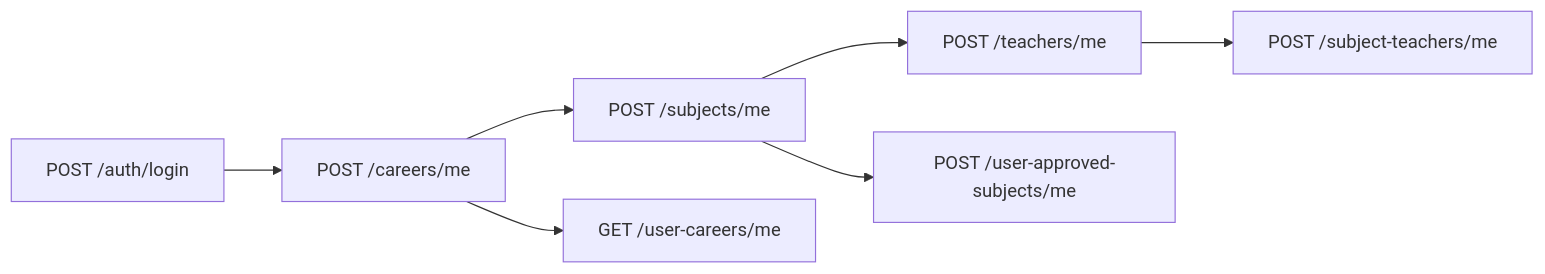
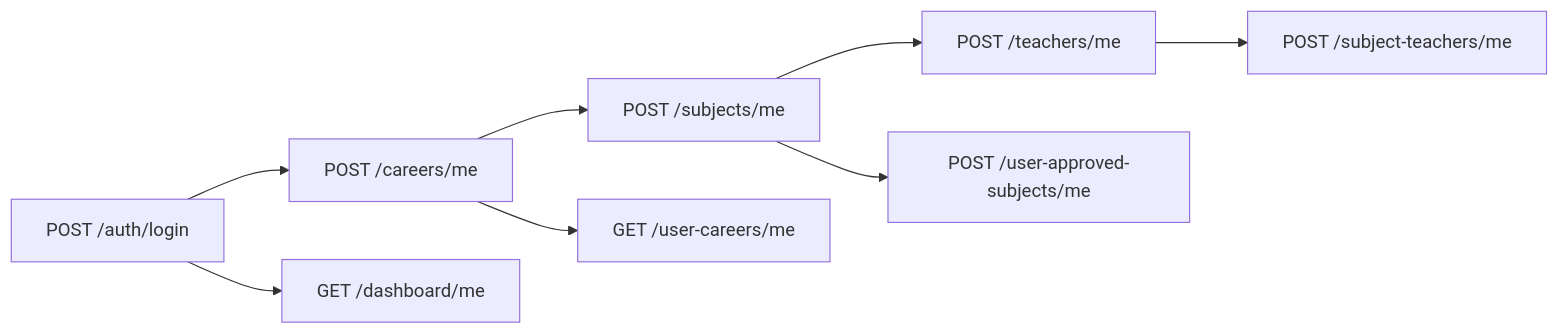
The diagram in docs/frontend-api.md (ronauryMedal/estudent_managerApp), drawn with Mermaid before and after one commit. The commit also changed other lines of this file and 27 other files, not shown here.

````diff
--- a/docs/frontend-api.md
+++ b/docs/frontend-api.md
@@ -74,9 +82,10 @@
 ```mermaid
 flowchart LR
   A[POST /auth/login] --> B[POST /careers/me]
   B --> C[POST /subjects/me]
   C --> D[POST /teachers/me]
   D --> E[POST /subject-teachers/me]
   B --> F[GET /user-careers/me]
   C --> G[POST /user-approved-subjects/me]
+  A --> H[GET /dashboard/me]
 ```
````
